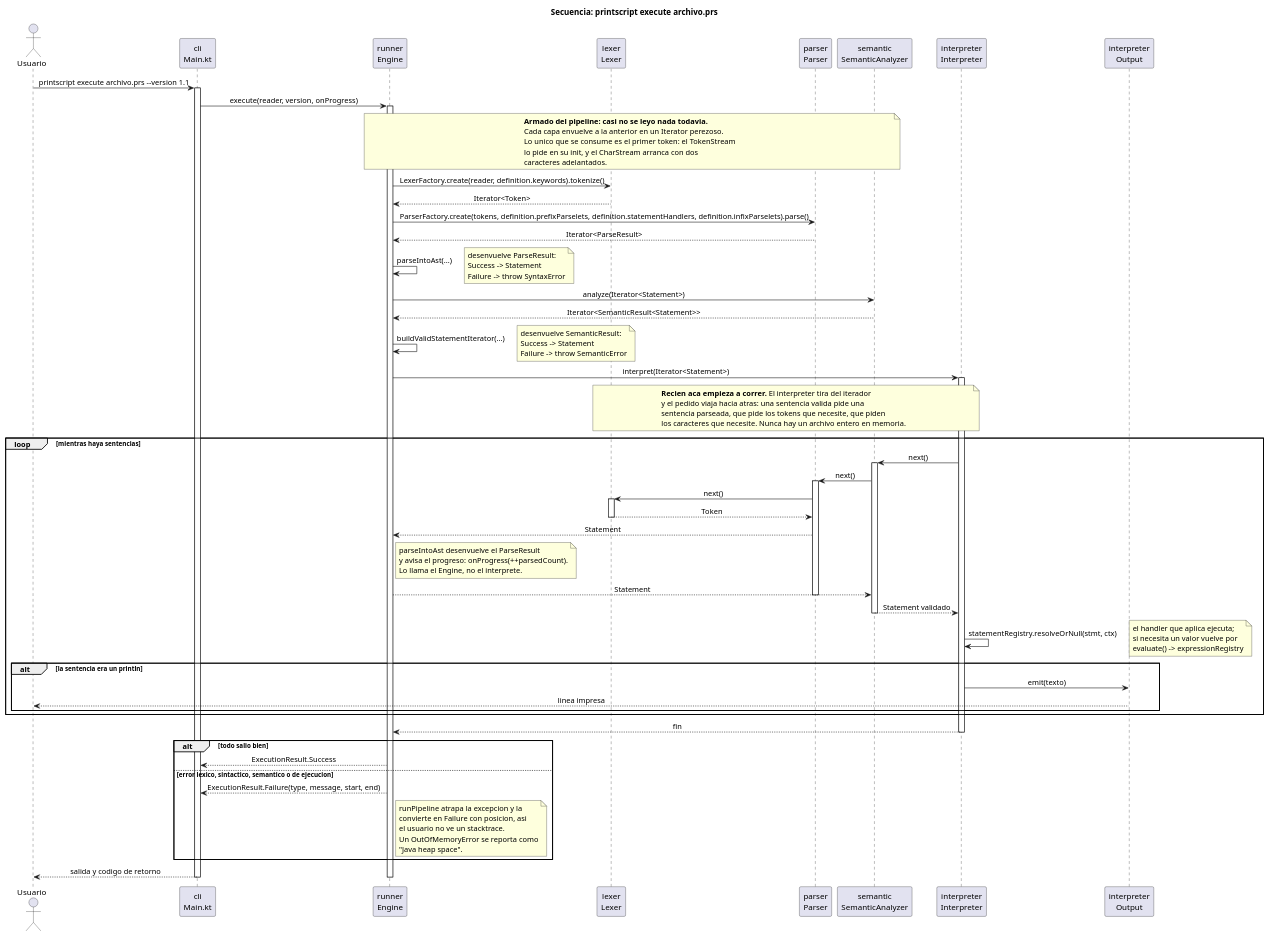
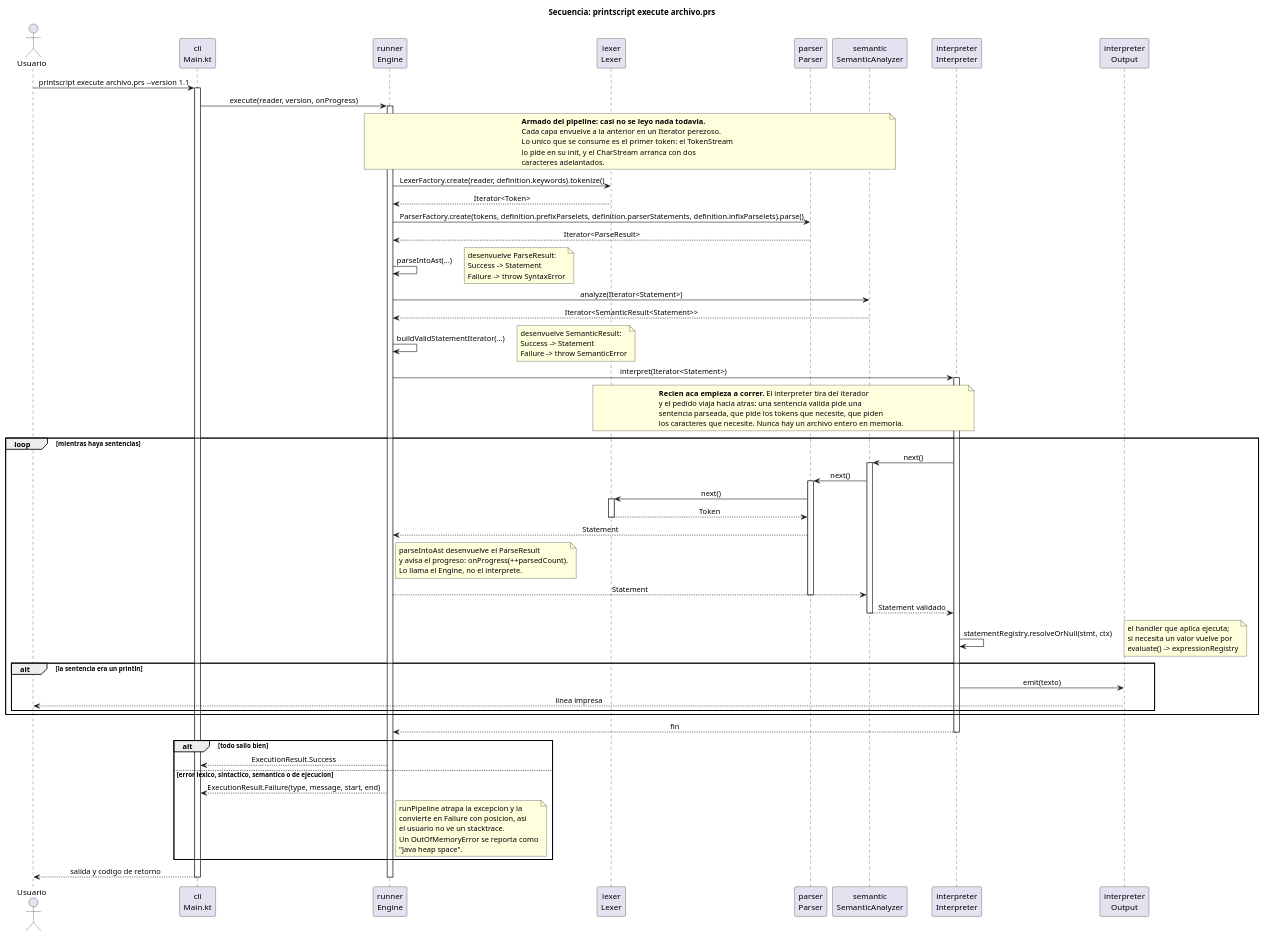
Before and after one commit to Ingsis-printscript-grupo3/printscript: the diagram in docs/secuencia-ejecucion.puml, drawn with PlantUML. The commit also changed 6 other files, not shown here.

```diff
--- a/docs/secuencia-ejecucion.puml
+++ b/docs/secuencia-ejecucion.puml
@@ -1,104 +1,104 @@
 @startuml PrintScript_Secuencia_Ejecucion
 
 title Secuencia: printscript execute archivo.prs
 
 skinparam sequenceMessageAlign center
 
 actor Usuario
 participant "cli\nMain.kt" as CLI
 participant "runner\nEngine" as ENGINE
 participant "lexer\nLexer" as LEXER
 participant "parser\nParser" as PARSER
 participant "semantic\nSemanticAnalyzer" as SEMANTIC
 participant "interpreter\nInterpreter" as INTERPRETER
 participant "interpreter\nOutput" as OUTPUT
 
 Usuario -> CLI : printscript execute archivo.prs --version 1.1
 activate CLI
 
 CLI -> ENGINE : execute(reader, version, onProgress)
 activate ENGINE
 
 note over ENGINE, SEMANTIC
   <b>Armado del pipeline: casi no se leyo nada todavia.</b>
   Cada capa envuelve a la anterior en un Iterator perezoso.
   Lo unico que se consume es el primer token: el TokenStream
   lo pide en su init, y el CharStream arranca con dos
   caracteres adelantados.
 end note
 
 ENGINE -> LEXER : LexerFactory.create(reader, definition.keywords).tokenize()
 LEXER --> ENGINE : Iterator<Token>
 
-ENGINE -> PARSER : ParserFactory.create(tokens, definition.prefixParselets, definition.statementHandlers, definition.infixParselets).parse()
+ENGINE -> PARSER : ParserFactory.create(tokens, definition.prefixParselets, definition.parserStatements, definition.infixParselets).parse()
 PARSER --> ENGINE : Iterator<ParseResult>
 
 ENGINE -> ENGINE : parseIntoAst(...)
 note right: desenvuelve ParseResult:\nSuccess -> Statement\nFailure -> throw SyntaxError
 
 ENGINE -> SEMANTIC : analyze(Iterator<Statement>)
 SEMANTIC --> ENGINE : Iterator<SemanticResult<Statement>>
 
 ENGINE -> ENGINE : buildValidStatementIterator(...)
 note right: desenvuelve SemanticResult:\nSuccess -> Statement\nFailure -> throw SemanticError
 
 ENGINE -> INTERPRETER : interpret(Iterator<Statement>)
 activate INTERPRETER
 
 note over LEXER, INTERPRETER
   <b>Recien aca empieza a correr.</b> El interpreter tira del iterador
   y el pedido viaja hacia atras: una sentencia valida pide una
   sentencia parseada, que pide los tokens que necesite, que piden
   los caracteres que necesite. Nunca hay un archivo entero en memoria.
 end note
 
 loop mientras haya sentencias
   INTERPRETER -> SEMANTIC : next()
   activate SEMANTIC
   SEMANTIC -> PARSER : next()
   activate PARSER
   PARSER -> LEXER : next()
   activate LEXER
   LEXER --> PARSER : Token
   deactivate LEXER
   PARSER --> ENGINE : Statement
   note right of ENGINE
     parseIntoAst desenvuelve el ParseResult
     y avisa el progreso: onProgress(++parsedCount).
     Lo llama el Engine, no el interprete.
   end note
   ENGINE --> SEMANTIC : Statement
   deactivate PARSER
   SEMANTIC --> INTERPRETER : Statement validado
   deactivate SEMANTIC
 
   INTERPRETER -> INTERPRETER : statementRegistry.resolveOrNull(stmt, ctx)
   note right: el handler que aplica ejecuta;\nsi necesita un valor vuelve por\nevaluate() -> expressionRegistry
 
   alt la sentencia era un println
     INTERPRETER -> OUTPUT : emit(texto)
     OUTPUT --> Usuario : linea impresa
   end
 end
 
 INTERPRETER --> ENGINE : fin
 deactivate INTERPRETER
 
 alt todo salio bien
   ENGINE --> CLI : ExecutionResult.Success
 else error lexico, sintactico, semantico o de ejecucion
   ENGINE --> CLI : ExecutionResult.Failure(type, message, start, end)
   note right of ENGINE
     runPipeline atrapa la excepcion y la
     convierte en Failure con posicion, asi
     el usuario no ve un stacktrace.
     Un OutOfMemoryError se reporta como
     "Java heap space".
   end note
 end
 
 CLI --> Usuario : salida y codigo de retorno
 deactivate ENGINE
 deactivate CLI
 
 @enduml
```
